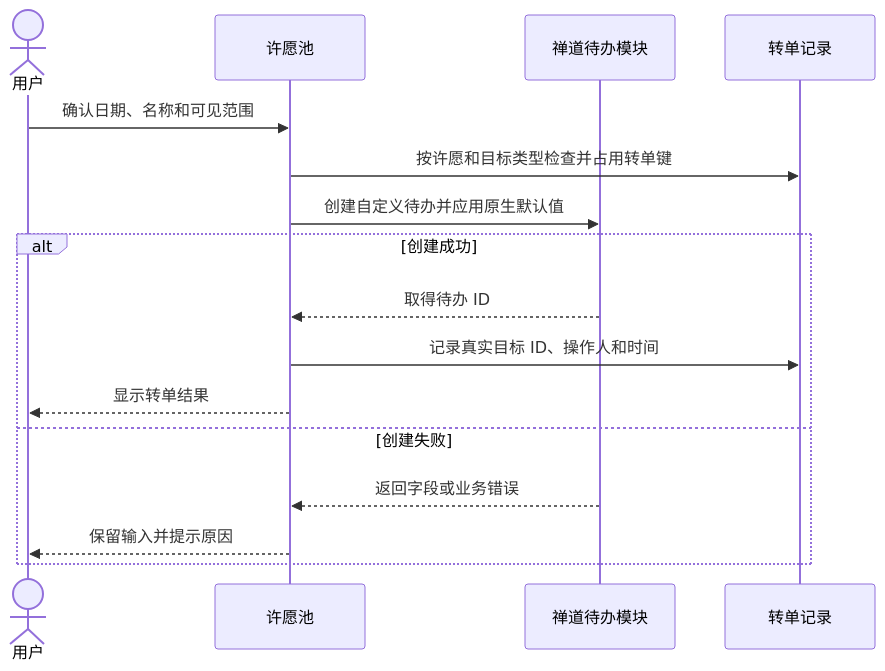
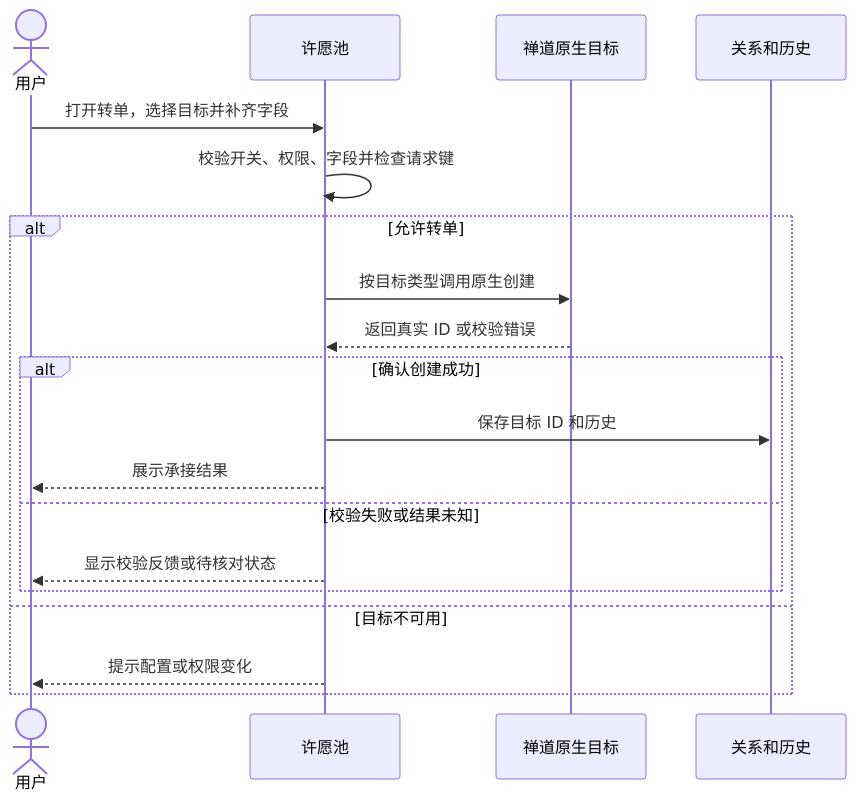
The second of 2 diagrams in doc/wishpool/conversion-design.md (yes8080/zentaopms), drawn with Mermaid before and after one commit. The commit also changed other lines of this file and 20 other files, not shown here.

Commit message:
docs: audit Wishpool flows and bundle the native ZUI prototype

````diff
--- a/doc/wishpool/conversion-design.md
+++ b/doc/wishpool/conversion-design.md
@@ -113,18 +39,21 @@
 ```mermaid
 sequenceDiagram
   actor U as 用户
   participant W as 许愿池
-  participant T as 禅道待办模块
-  participant R as 转单记录
-  U->>W: 确认日期、名称和可见范围
-  W->>R: 按许愿和目标类型检查并占用转单键
-  W->>T: 创建自定义待办并应用原生默认值
-  alt 创建成功
-    T-->>W: 取得待办 ID
-    W->>R: 记录真实目标 ID、操作人和时间
-    W-->>U: 显示转单结果
-  else 创建失败
-    T-->>W: 返回字段或业务错误
-    W-->>U: 保留输入并提示原因
+  participant Z as 禅道原生目标
+  participant R as 关系和历史
+  U->>W: 打开转单，选择目标并补齐字段
+  W->>W: 校验开关、权限、字段并检查请求键
+  alt 允许转单
+    W->>Z: 按目标类型调用原生创建
+    Z-->>W: 返回真实 ID 或校验错误
+    alt 确认创建成功
+      W->>R: 保存目标 ID 和历史
+      W-->>U: 展示承接结果
+    else 校验失败或结果未知
+      W-->>U: 显示校验反馈或待核对状态
+    end
+  else 目标不可用
+    W-->>U: 提示配置或权限变化
   end
 ```
````
